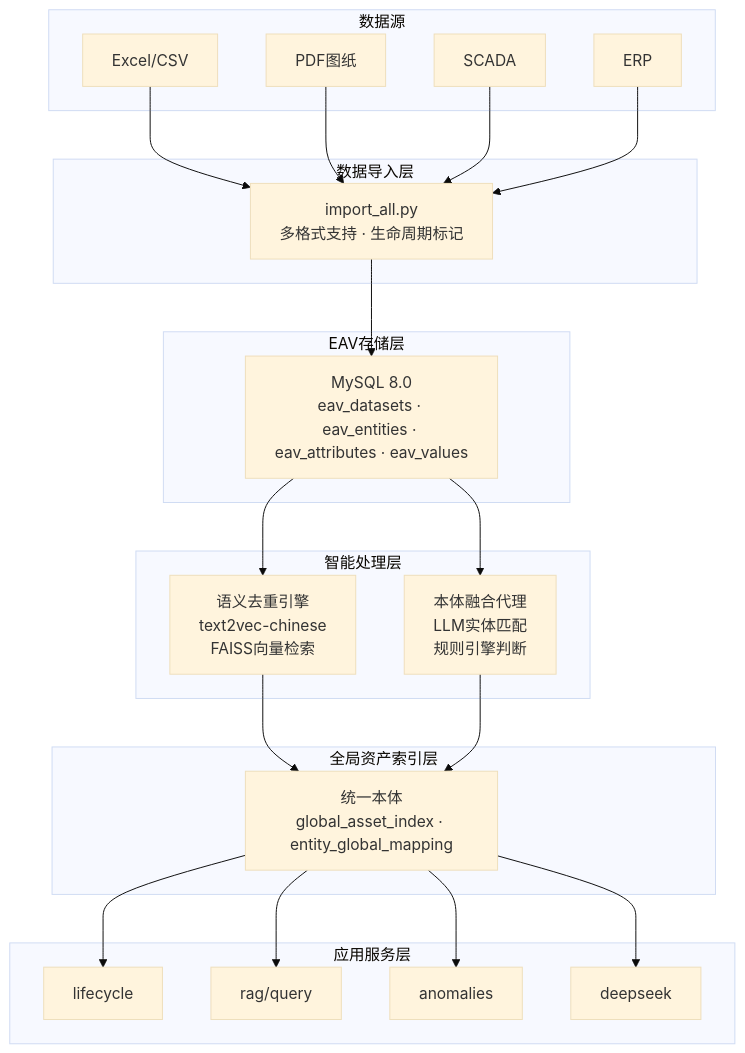
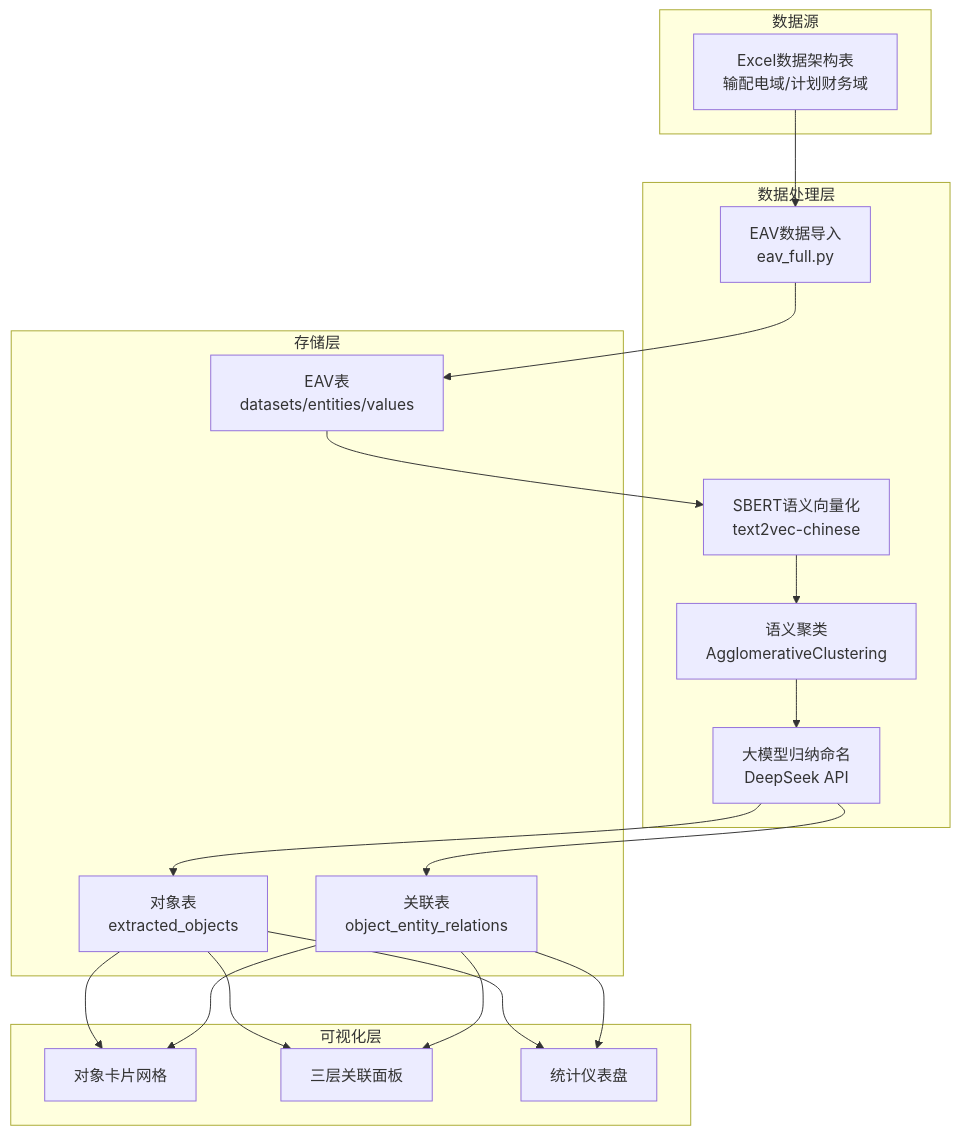
Before and after one commit to qqyjx/YIMO: the first of 2 diagrams in README.md, drawn with Mermaid. The commit also changed other lines of this file and 2 other files, not shown here.

````diff
--- a/README.md
+++ b/README.md
@@ -46,36 +39,30 @@
 ```mermaid
-%%{init: {'theme': 'base'}}%%
 flowchart TB
     subgraph 数据源
-        A1[Excel/CSV]
-        A2[PDF图纸]
-        A3[SCADA]
-        A4[ERP]
+        A1[Excel数据架构表<br/>输配电域/计划财务域]
     end
 
-    subgraph 数据导入层
-        B[import_all.py<br/>多格式支持 · 生命周期标记]
+    subgraph 数据处理层
+        B1[EAV数据导入<br/>eav_full.py]
+        B2[SBERT语义向量化<br/>text2vec-chinese]
+        B3[语义聚类<br/>AgglomerativeClustering]
+        B4[大模型归纳命名<br/>DeepSeek API]
     end
 
-    subgraph EAV存储层
-        C[MySQL 8.0<br/>eav_datasets · eav_entities · eav_attributes · eav_values]
+    subgraph 存储层
+        C1[EAV表<br/>datasets/entities/values]
+        C2[对象表<br/>extracted_objects]
+        C3[关联表<br/>object_entity_relations]
     end
 
-    subgraph 智能处理层
-        D1[语义去重引擎<br/>text2vec-chinese<br/>FAISS向量检索]
-        D2[本体融合代理<br/>LLM实体匹配<br/>规则引擎判断]
+    subgraph 可视化层
+        D1[对象卡片网格]
+        D2[三层关联面板]
+        D3[统计仪表盘]
     end
 
-    subgraph 全局资产索引层
-        E[统一本体<br/>global_asset_index · entity_global_mapping]
-    end
-
-    subgraph 应用服务层
-        F1["lifecycle"]
-        F2["rag/query"]
-        F3["anomalies"]
-        F4["deepseek"]
-    end
-
-    A1 & A2 & A3 & A4 --> B --> C --> D1 & D2 --> E --> F1 & F2 & F3 & F4
+    A1 --> B1 --> C1
+    C1 --> B2 --> B3 --> B4
+    B4 --> C2 & C3
+    C2 & C3 --> D1 & D2 & D3
 ```
````
